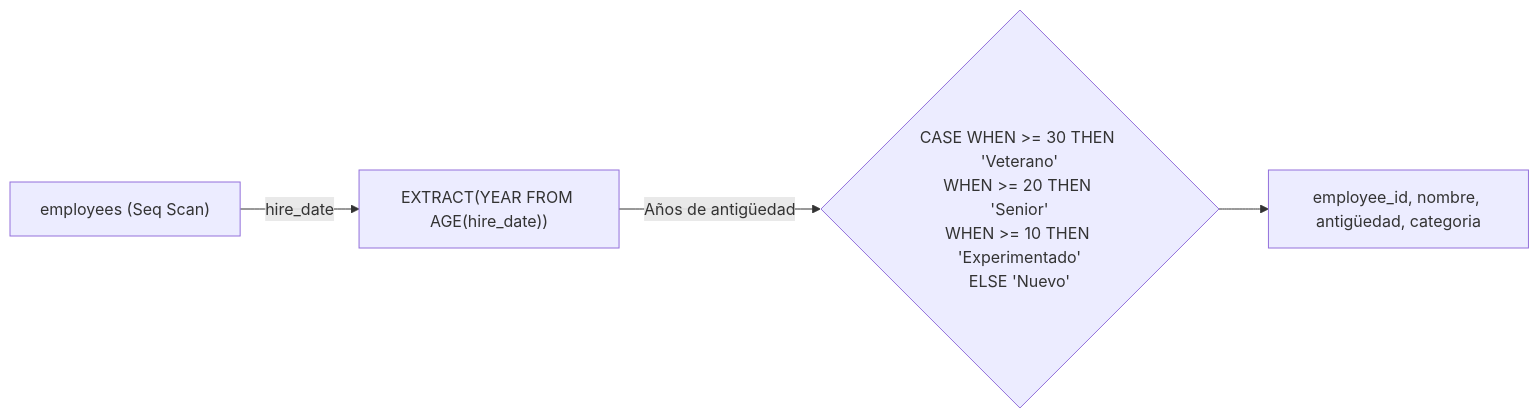
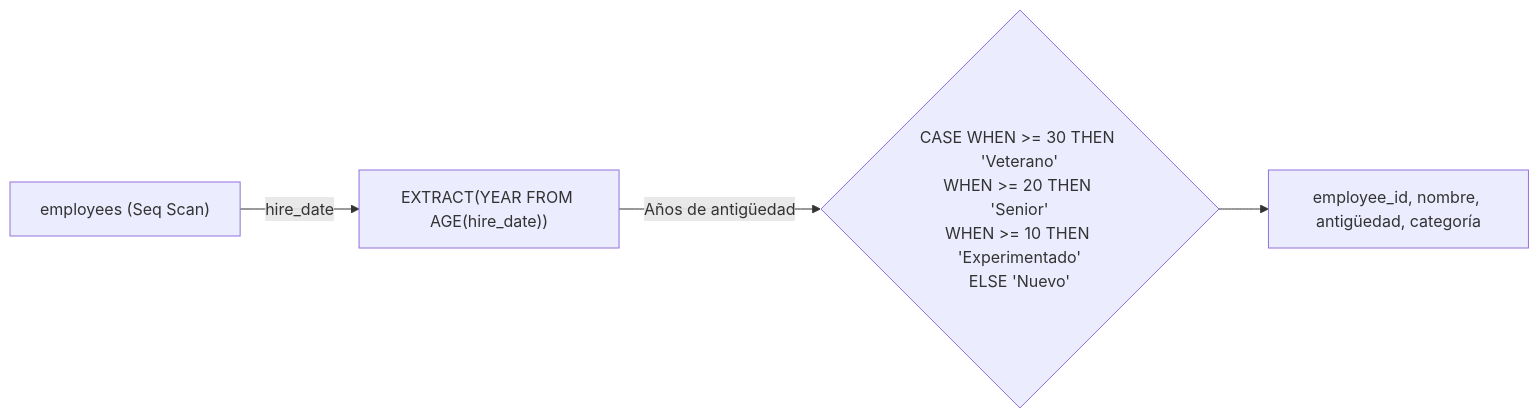
Diagram 25 of 50 in Lab/Lab01/Ejercicios/2.intermedio.md (Slinkter/ApuntesSQL), drawn with Mermaid before and after one commit. The commit also changed other lines of this file and 7 other files, not shown here.

````diff
--- a/Lab/Lab01/Ejercicios/2.intermedio.md
+++ b/Lab/Lab01/Ejercicios/2.intermedio.md
@@ -1081,6 +1034,6 @@
 ```mermaid
 flowchart LR
     E["employees (Seq Scan)"] -->|hire_date| Age["EXTRACT(YEAR FROM AGE(hire_date))"]
     Age -->|Años de antigüedad| Case{"CASE WHEN >= 30 THEN 'Veterano'\nWHEN >= 20 THEN 'Senior'\nWHEN >= 10 THEN 'Experimentado'\nELSE 'Nuevo'"}
-    Case --> Out["employee_id, nombre, antigüedad, categoria"]
+    Case --> Out["employee_id, nombre, antigüedad, categoría"]
 ```
````
